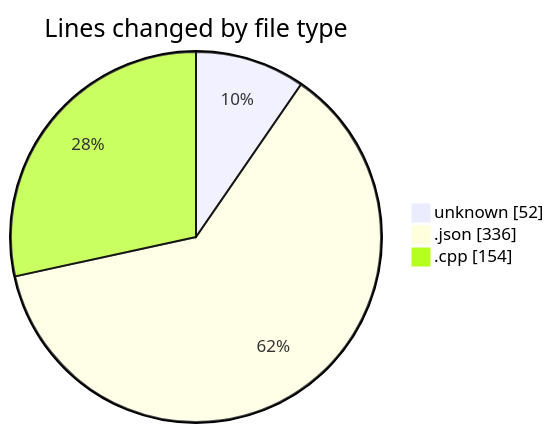
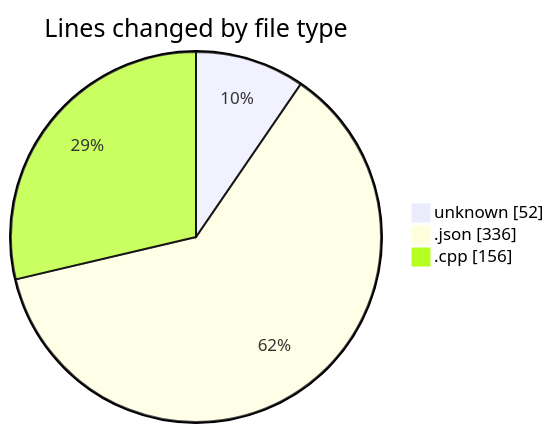
Before and after one commit to Netris89/code-tracking: the first of 2 diagrams in 2025-03-26/echo/README.md, drawn with Mermaid. The commit also changed other lines of this file and 1 other file, not shown here.

````diff
--- a/2025-03-26/echo/README.md
+++ b/2025-03-26/echo/README.md
@@ -24,7 +24,7 @@
 ```mermaid
 pie showData
 title Lines changed by file type
 "unknown" : 52
 ".json" : 336
-".cpp" : 154
+".cpp" : 156
 ```
````
